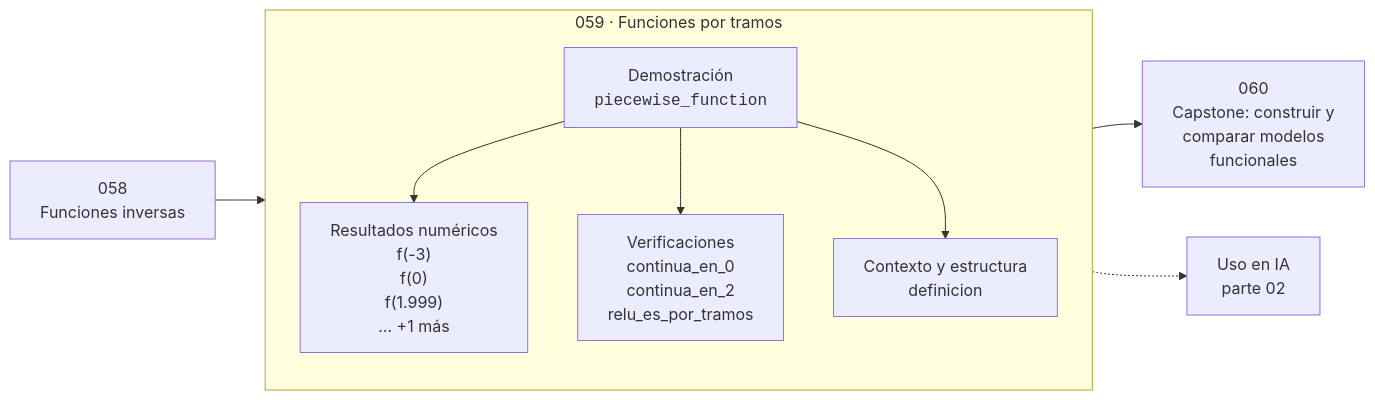
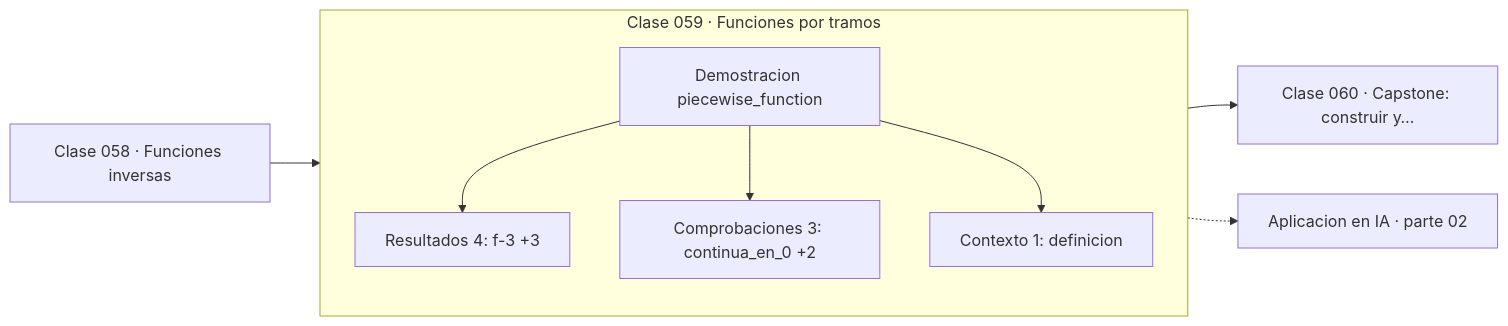
Before and after one commit to vladimiracunadev-create/computational-mathematics-program: the diagram in classes/part-02-algebra-y-funciones/059-funciones-por-tramos/README.md, drawn with Mermaid. The commit also changed 389 other files, not shown here.

First line of the commit message:
fix(diagramas): elimina el HTML de las etiquetas Mermaid

````diff
--- a/classes/part-02-algebra-y-funciones/059-funciones-por-tramos/README.md
+++ b/classes/part-02-algebra-y-funciones/059-funciones-por-tramos/README.md
@@ -35,12 +35,13 @@
 ```mermaid
 flowchart LR
-    P["058<br/>Funciones inversas"] --> C
-    subgraph C["059 · Funciones por tramos"]
+    P["Clase 058 · Funciones inversas"] --> D
+    subgraph CLASE["Clase 059 · Funciones por tramos"]
         direction TB
-        D["Demostración<br/><code>piecewise_function</code>"] --> R["Resultados numéricos<br/>f(-3)<br/>f(0)<br/>f(1.999)<br/>… +1 más"]
-        D --> V["Verificaciones<br/>continua_en_0<br/>continua_en_2<br/>relu_es_por_tramos"]
-        D --> O["Contexto y estructura<br/>definicion"]
+        D["Demostracion piecewise_function"]
+        D --> R["Resultados 4: f-3 +3"]
+        D --> V["Comprobaciones 3: continua_en_0 +2"]
+        D --> O["Contexto 1: definicion"]
     end
-    C --> N["060<br/>Capstone: construir y<br/>comparar modelos<br/>funcionales"]
-    C -.-> IA["Uso en IA<br/>parte 02"]
+    R --> N["Clase 060 · Capstone: construir y…"]
+    V -.-> IA["Aplicacion en IA · parte 02"]
 ```
````
